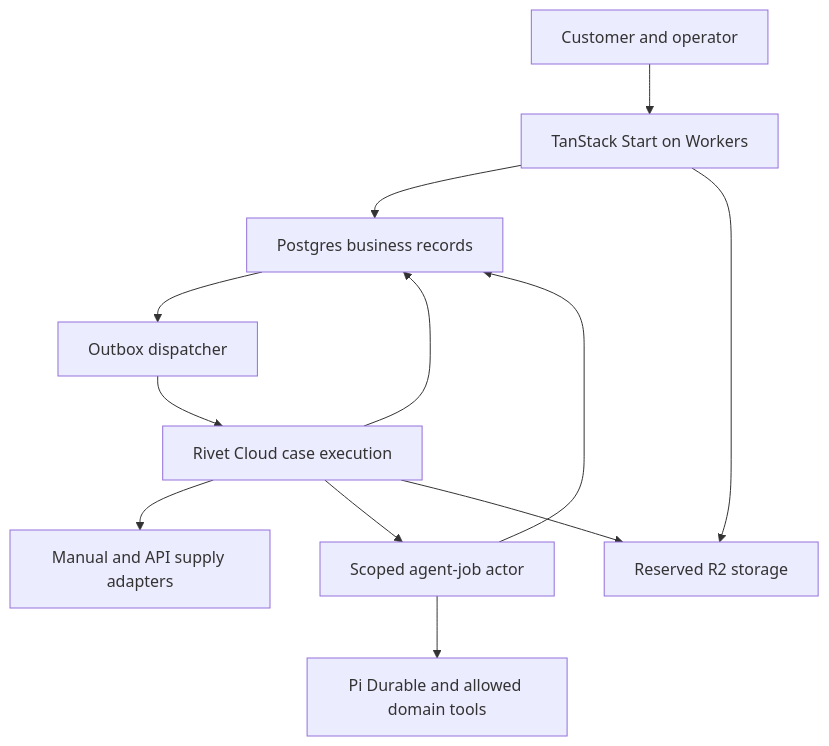
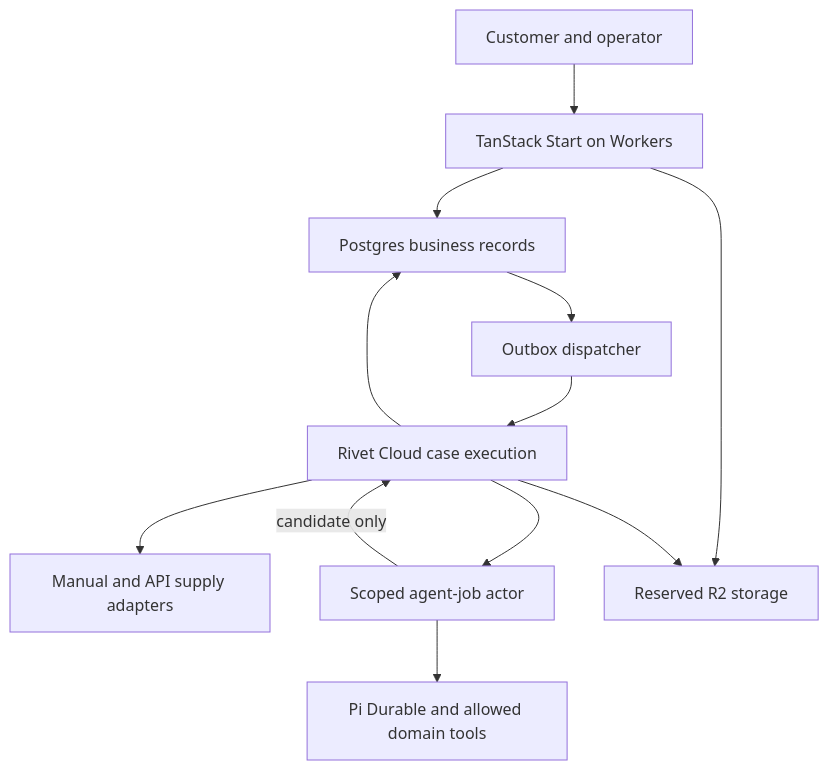
The diagram in docs/architecture.md (nextexcite/occavoy), drawn with Mermaid before and after one commit. The commit also changed other lines of this file and 11 other files, not shown here.

````diff
--- a/docs/architecture.md
+++ b/docs/architecture.md
@@ -18,14 +20,14 @@
 ```mermaid
 flowchart TD
     U["Customer and operator"] --> W["TanStack Start on Workers"]
     W --> P["Postgres business records"]
     P --> D["Outbox dispatcher"]
     D --> R["Rivet Cloud case execution"]
     R --> P
     R --> S["Manual and API supply adapters"]
     R --> J["Scoped agent-job actor"]
     J --> T["Pi Durable and allowed domain tools"]
-    J --> P
+    J -->|candidate only| R
     W --> B["Reserved R2 storage"]
     R --> B
 ```
````
